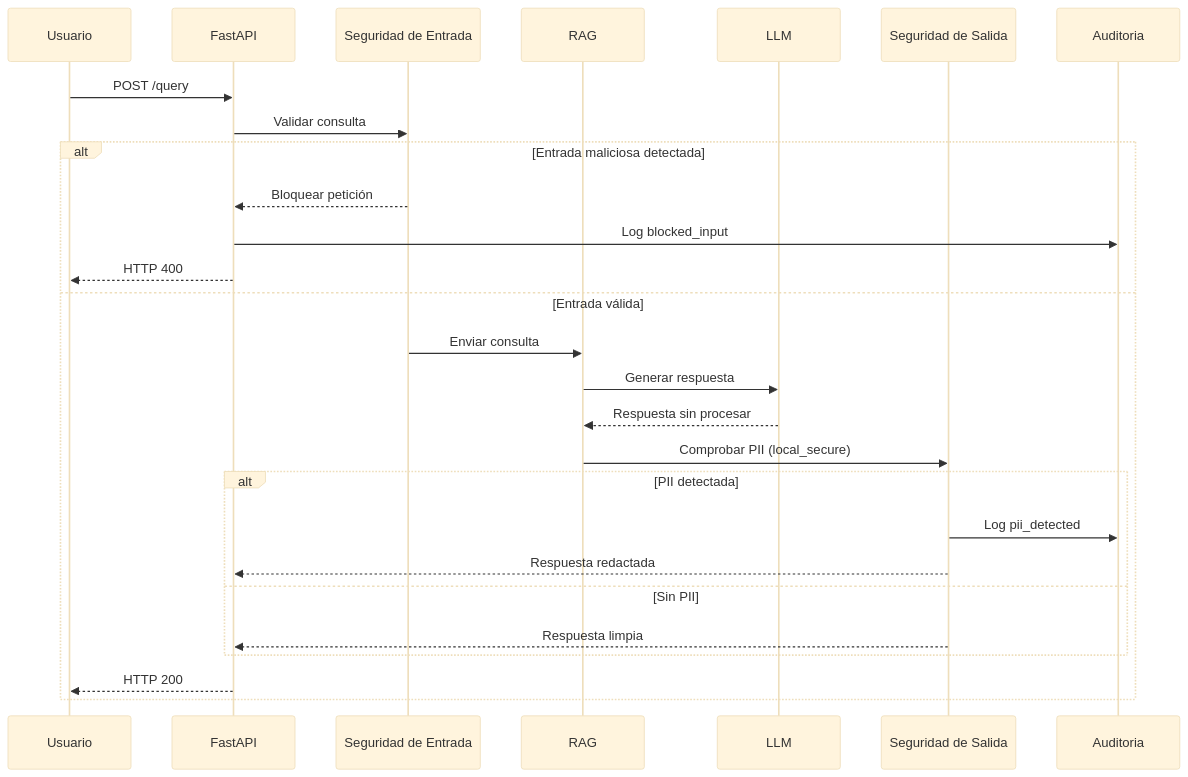
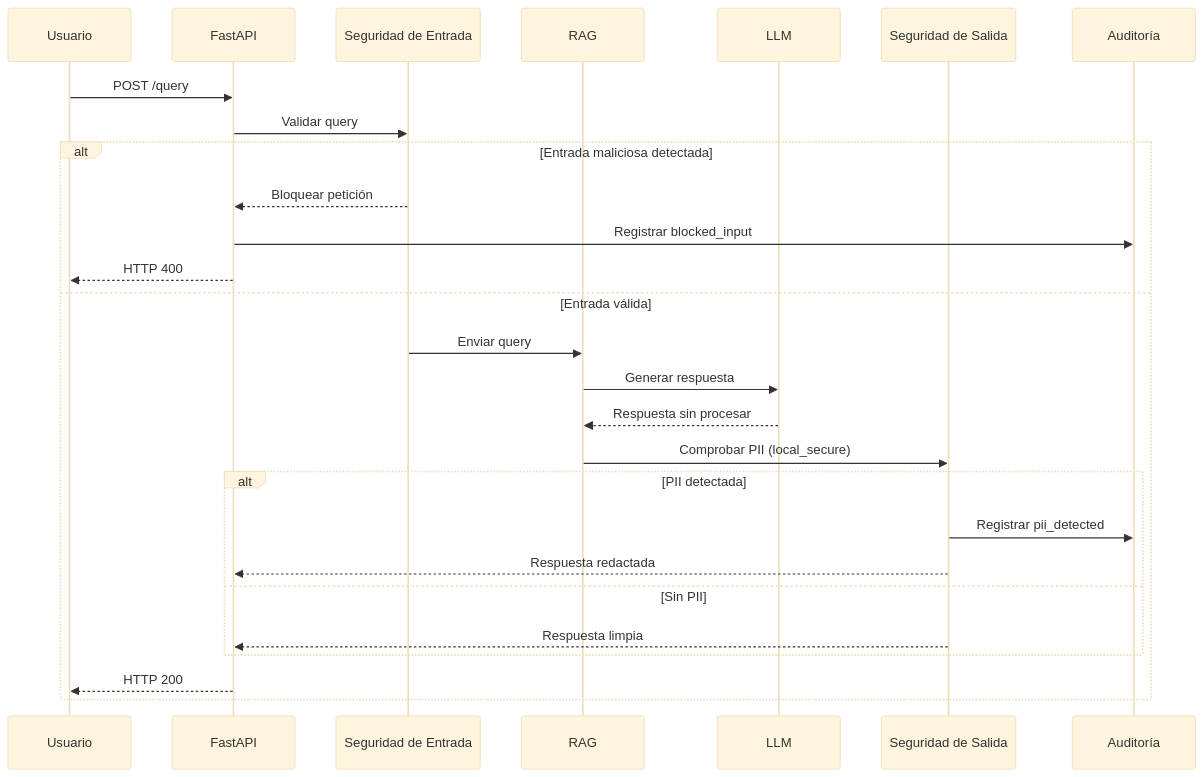
One commit to RescribanoSecurity/AI-SecurityProjects changed the third of 3 diagrams in secure-rag-from-scratch/README_ES.md. Above: the diagram before and after it, drawn with Mermaid (base theme). The commit also changed other lines of this file, not shown here.

````diff
--- a/secure-rag-from-scratch/README_ES.md
+++ b/secure-rag-from-scratch/README_ES.md
@@ -70,31 +111,31 @@
 ```mermaid
 sequenceDiagram
-    participant Usuario
+    participant User as Usuario
     participant API as FastAPI
-    participant SecEntrada as Seguridad de Entrada
+    participant InputSec as Seguridad de Entrada
     participant RAG
     participant LLM
-    participant SecSalida as Seguridad de Salida
-    participant Auditoria
+    participant OutputSec as Seguridad de Salida
+    participant Audit as Auditoría
 
-    Usuario->>API: POST /query
-    API->>SecEntrada: Validar consulta
+    User->>API: POST /query
+    API->>InputSec: Validar query
 
     alt Entrada maliciosa detectada
-        SecEntrada-->>API: Bloquear petición
-        API->>Auditoria: Log blocked_input
-        API-->>Usuario: HTTP 400
+        InputSec-->>API: Bloquear petición
+        API->>Audit: Registrar blocked_input
+        API-->>User: HTTP 400
     else Entrada válida
-        SecEntrada->>RAG: Enviar consulta
+        InputSec->>RAG: Enviar query
         RAG->>LLM: Generar respuesta
         LLM-->>RAG: Respuesta sin procesar
-        RAG->>SecSalida: Comprobar PII (local_secure)
+        RAG->>OutputSec: Comprobar PII (local_secure)
         alt PII detectada
-            SecSalida->>Auditoria: Log pii_detected
-            SecSalida-->>API: Respuesta redactada
+            OutputSec->>Audit: Registrar pii_detected
+            OutputSec-->>API: Respuesta redactada
         else Sin PII
-            SecSalida-->>API: Respuesta limpia
+            OutputSec-->>API: Respuesta limpia
         end
-        API-->>Usuario: HTTP 200
+        API-->>User: HTTP 200
     end
 ```
````
